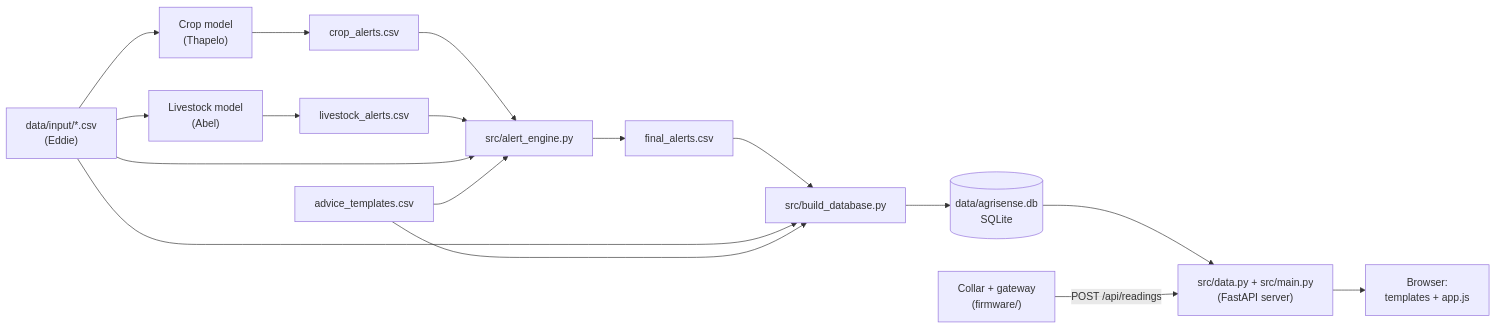
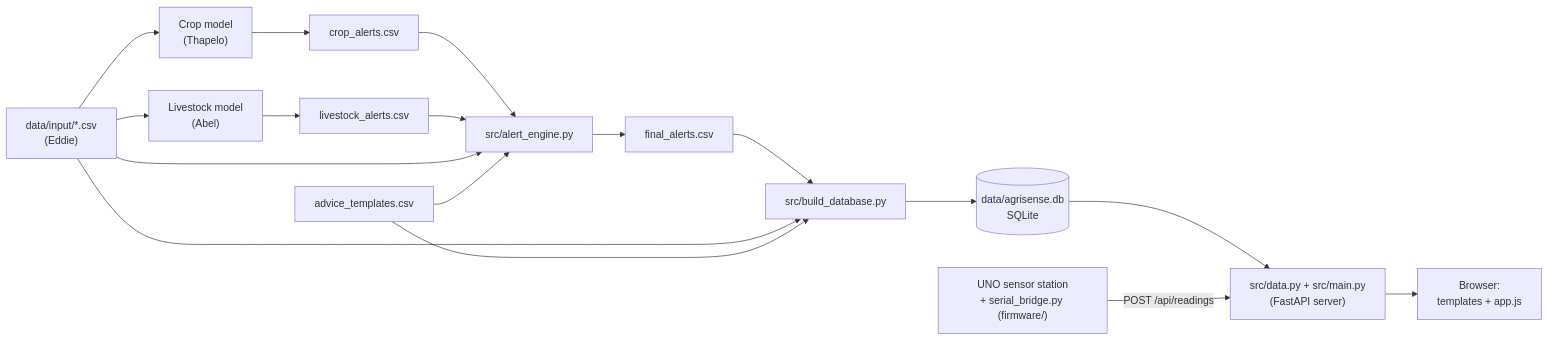
One commit to PhilippSchoeneberg/AgriSenseBW changed the first of 2 diagrams in doc/CODE_GUIDE.md. Above: the diagram before and after it, drawn with Mermaid. The commit also changed other lines of this file and 13 other files, not shown here.

````diff
--- a/doc/CODE_GUIDE.md
+++ b/doc/CODE_GUIDE.md
@@ -56,19 +56,19 @@
 ```mermaid
 flowchart LR
     A["data/input/*.csv<br/>(Eddie)"] --> B["Crop model<br/>(Thapelo)"]
     A --> C["Livestock model<br/>(Abel)"]
     B --> D["crop_alerts.csv"]
     C --> E["livestock_alerts.csv"]
     D --> F["src/alert_engine.py"]
     E --> F
     A --> F
     T["advice_templates.csv"] --> F
     F --> G["final_alerts.csv"]
     G --> H["src/build_database.py"]
     A --> H
     T --> H
     H --> I[("data/agrisense.db<br/>SQLite")]
     I --> J["src/data.py + src/main.py<br/>(FastAPI server)"]
     J --> K["Browser:<br/>templates + app.js"]
-    L["Collar + gateway<br/>(firmware/)"] -- "POST /api/readings" --> J
+    L["UNO sensor station<br/>+ serial_bridge.py (firmware/)"] -- "POST /api/readings" --> J
 ```
````
